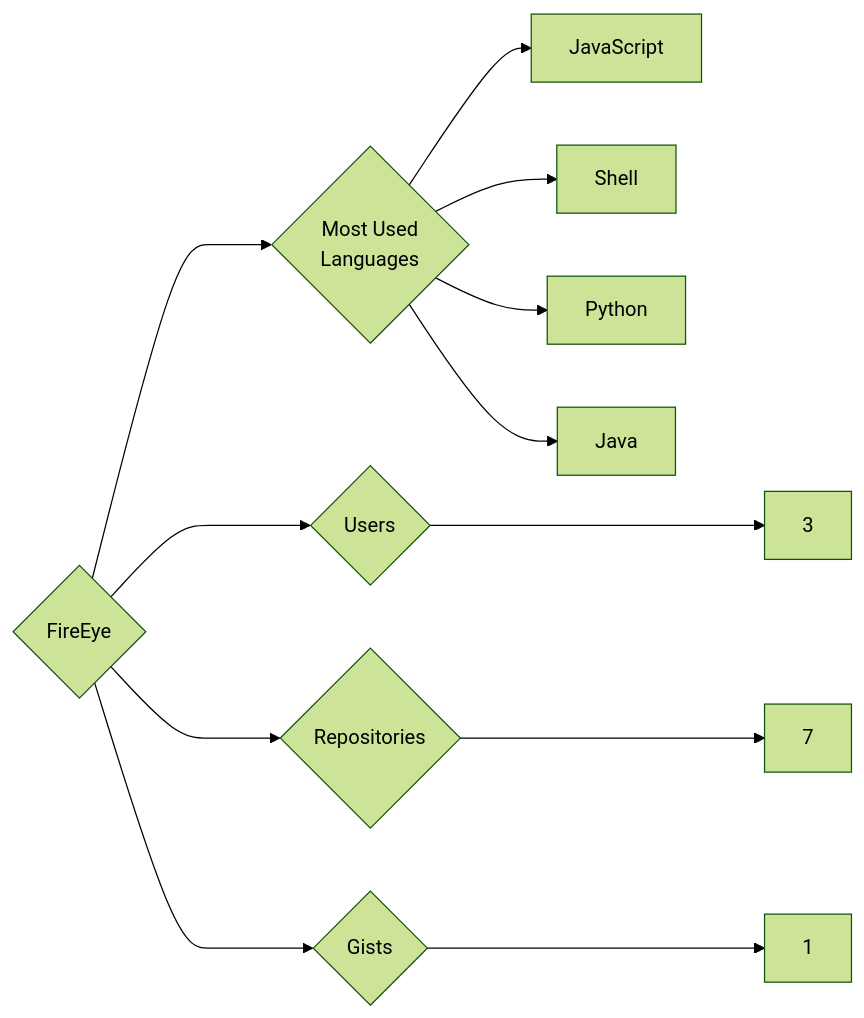
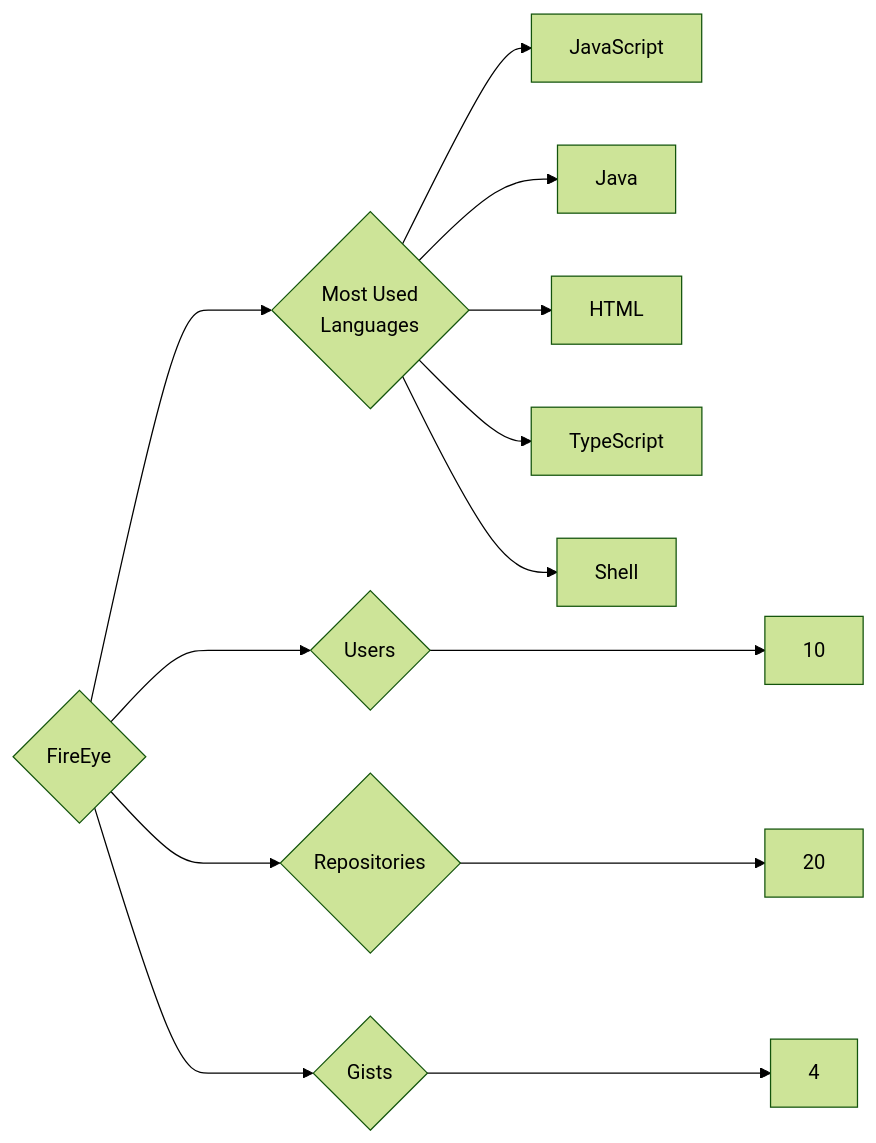
One commit to trickest/insiders changed the diagram in targets/FireEye/README.md. Above: the diagram before and after it, drawn with Mermaid (forest theme). The commit also changed 1175 other files, not shown here.

````diff
--- a/targets/FireEye/README.md
+++ b/targets/FireEye/README.md
@@ -3,12 +3,13 @@
 ```mermaid
 graph LR
 COMPANY_NAME{FireEye}
-COMPANY_NAME ---> U{Users} ---> UN[3]
-COMPANY_NAME ---> R{Repositories} ---> RN[7]
-COMPANY_NAME ---> G{Gists} ---> GN[1]
+COMPANY_NAME ---> U{Users} ---> UN[10]
+COMPANY_NAME ---> R{Repositories} ---> RN[20]
+COMPANY_NAME ---> G{Gists} ---> GN[4]
 COMPANY_NAME ---> ML{Most Used<br>Languages}
 ML --> JavaScript[JavaScript]
+ML --> Java[Java]
+ML --> HTML[HTML]
+ML --> TypeScript[TypeScript]
 ML --> Shell[Shell]
-ML --> Python[Python]
-ML --> Java[Java]
 ```
````
